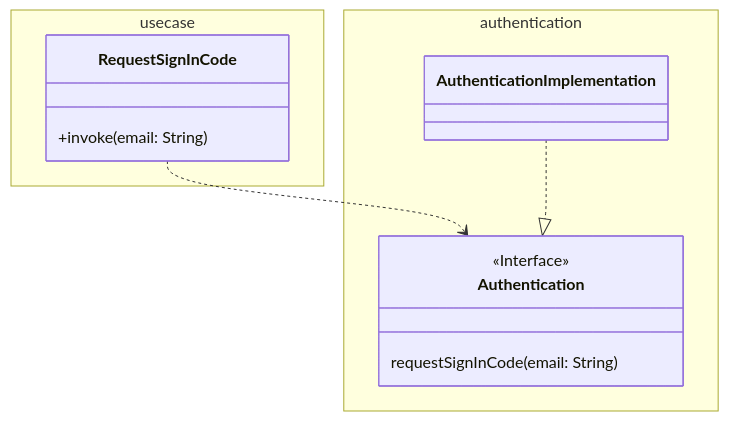
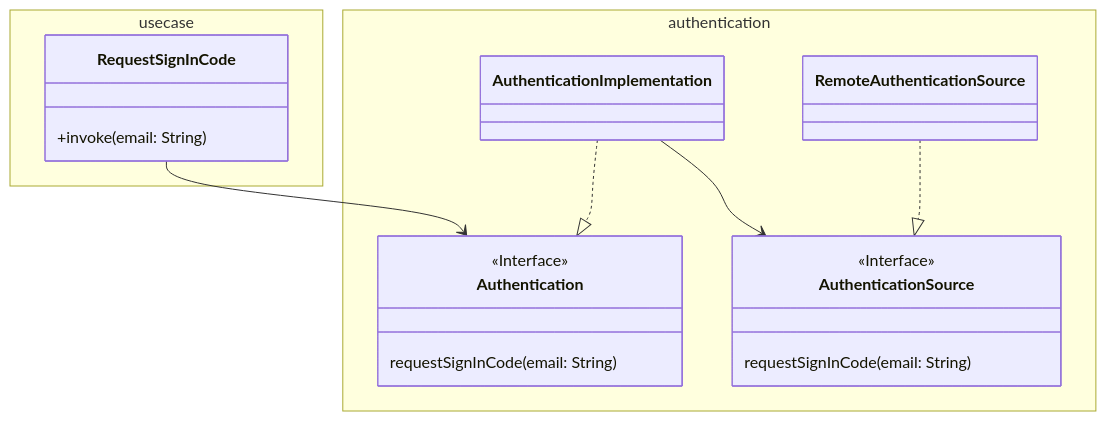
The diagram in composeApp/documentation.md (tangodachi/yava), drawn with Mermaid before and after one commit. The commit also changed 5 other files, not shown here.

Commit message:
expect source requestSignInCode on requestSignInCode

````diff
--- a/composeApp/documentation.md
+++ b/composeApp/documentation.md
@@ -1,24 +1,34 @@
 ```mermaid
 classDiagram
 direction TB
 	namespace usecase {
         class RequestSignInCode {
 	        +invoke(email: String)
         }
 
 	}
 	namespace authentication {
         class Authentication {
 	        requestSignInCode(email: String)
         }
 
         class AuthenticationImplementation {
         }
 
+        class AuthenticationSource {
+	        requestSignInCode(email: String)
+        }
+
+        class RemoteAuthenticationSource {
+        }
+
 	}
 
 	<<Interface>> Authentication
+	<<Interface>> AuthenticationSource
 
-    RequestSignInCode ..> Authentication
-    AuthenticationImplementation ..|> Authentication   
+    RequestSignInCode --> Authentication
+    AuthenticationImplementation ..|> Authentication
+    AuthenticationImplementation --> AuthenticationSource
+    RemoteAuthenticationSource ..|> AuthenticationSource
 ```
````
